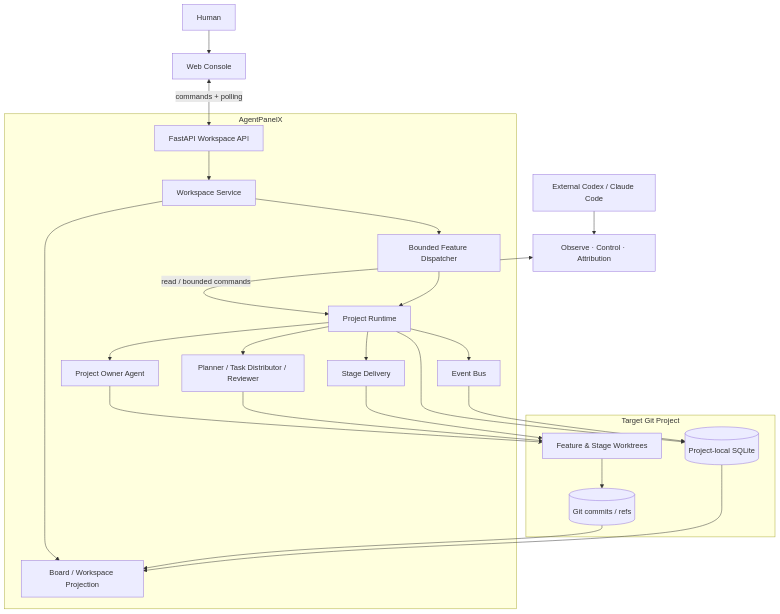
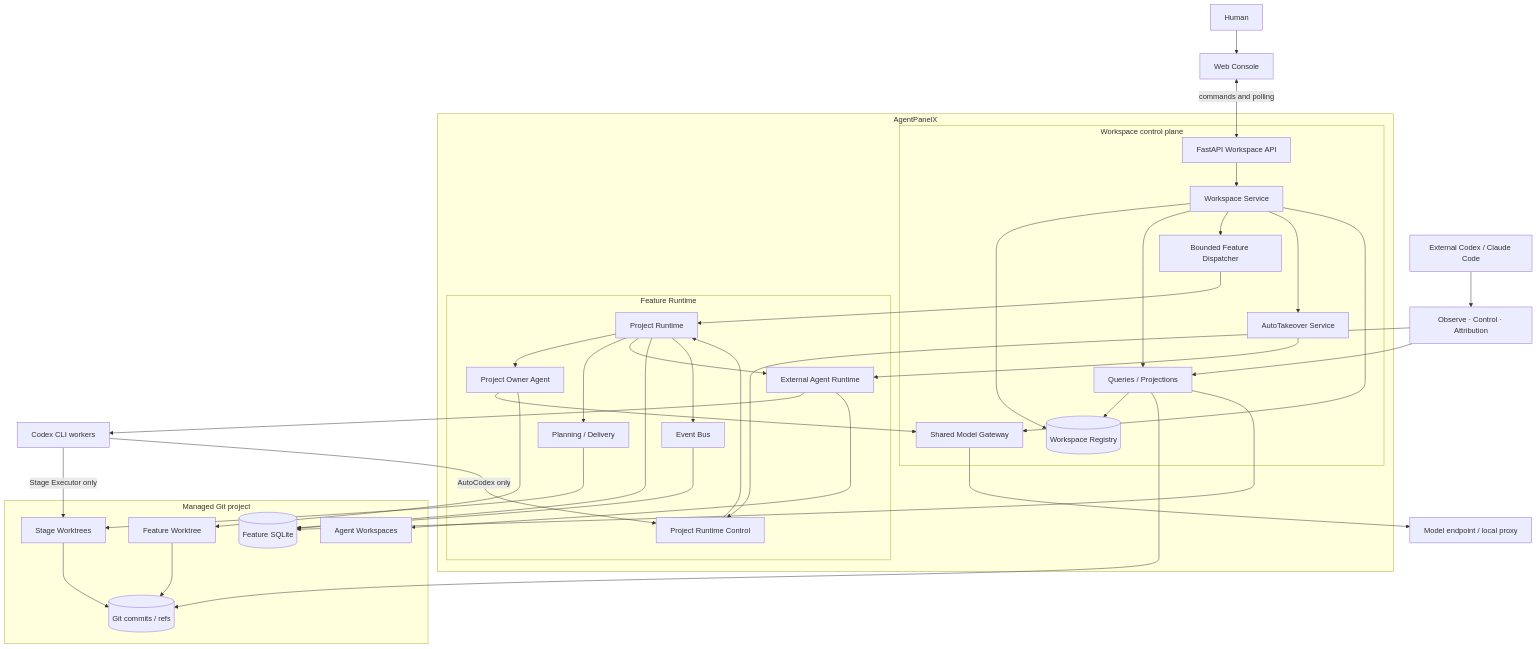
Before and after one commit to aowo-1345/AgentPanelX: the diagram in README.md, drawn with Mermaid. The commit also changed other lines of this file and 2 other files, not shown here.

Commit message:
docs: align system context with v0.2 runtime

````diff
--- a/README.md
+++ b/README.md
@@ -68,46 +68,77 @@
 ```mermaid
 flowchart TB
     Human[Human]
     Browser[Web Console]
     External[External Codex / Claude Code]
     Skills[Observe · Control · Attribution]
+    Provider[Model endpoint / local proxy]
+    CodexCLI[Codex CLI workers]
 
     subgraph APX[AgentPanelX]
-        API[FastAPI Workspace API]
-        Workspace[Workspace Service]
-        Dispatcher[Bounded Feature Dispatcher]
-        Runtime[Project Runtime]
-        Owner[Project Owner Agent]
-        Collaboration[Planner / Task Distributor / Reviewer]
-        Delivery[Stage Delivery]
-        Projection[Board / Workspace Projection]
-        Bus[Event Bus]
+        subgraph WorkspacePlane[Workspace control plane]
+            API[FastAPI Workspace API]
+            Workspace[Workspace Service]
+            Registry[(Workspace Registry)]
+            Dispatcher[Bounded Feature Dispatcher]
+            Queries[Queries / Projections]
+            Takeover[AutoTakeover Service]
+            Gateway[Shared Model Gateway]
+        end
+
+        subgraph FeaturePlane[Feature Runtime]
+            Runtime[Project Runtime]
+            Control[Project Runtime Control]
+            Owner[Project Owner Agent]
+            Delivery[Planning / Delivery]
+            AgentRuntime[External Agent Runtime]
+            Bus[Event Bus]
+        end
     end
 
-    subgraph Project[Target Git Project]
-        Worktrees[Feature & Stage Worktrees]
+    subgraph Project[Managed Git project]
+        FeatureWT[Feature Worktree]
+        StageWT[Stage Worktrees]
+        AgentWS[Agent Workspaces]
         Git[(Git commits / refs)]
-        SQLite[(Project-local SQLite)]
+        SQLite[(Feature SQLite)]
     end
 
     Human --> Browser
-    Browser <-->|commands + polling| API
+    Browser <-->|commands and polling| API
     External --> Skills
-    Skills <-->|read / bounded commands| Runtime
+    Skills --> Queries
+    Skills --> Control
+
     API --> Workspace
+    Workspace --> Registry
+    Workspace --> Queries
     Workspace --> Dispatcher
-    Workspace --> Projection
+    Workspace --> Takeover
+    Workspace --> Gateway
     Dispatcher --> Runtime
+
+    Control --> Runtime
     Runtime --> Owner
-    Runtime --> Collaboration
     Runtime --> Delivery
-    Owner --> Worktrees
-    Collaboration --> Worktrees
-    Delivery --> Worktrees
-    Worktrees --> Git
+    Runtime --> AgentRuntime
+    Takeover --> AgentRuntime
+
+    Owner --> Gateway
+    Gateway --> Provider
+    AgentRuntime --> CodexCLI
+    CodexCLI -->|AutoCodex only| Control
+
+    Owner --> FeatureWT
+    Delivery --> StageWT
+    AgentRuntime --> AgentWS
+    CodexCLI -->|Stage Executor only| StageWT
+    FeatureWT --> Git
+    StageWT --> Git
+
     Runtime --> SQLite
     Runtime --> Bus
     Bus --> SQLite
-    Git --> Projection
-    SQLite --> Projection
+    Queries --> Registry
+    Queries --> Git
+    Queries --> SQLite
 ```
````
